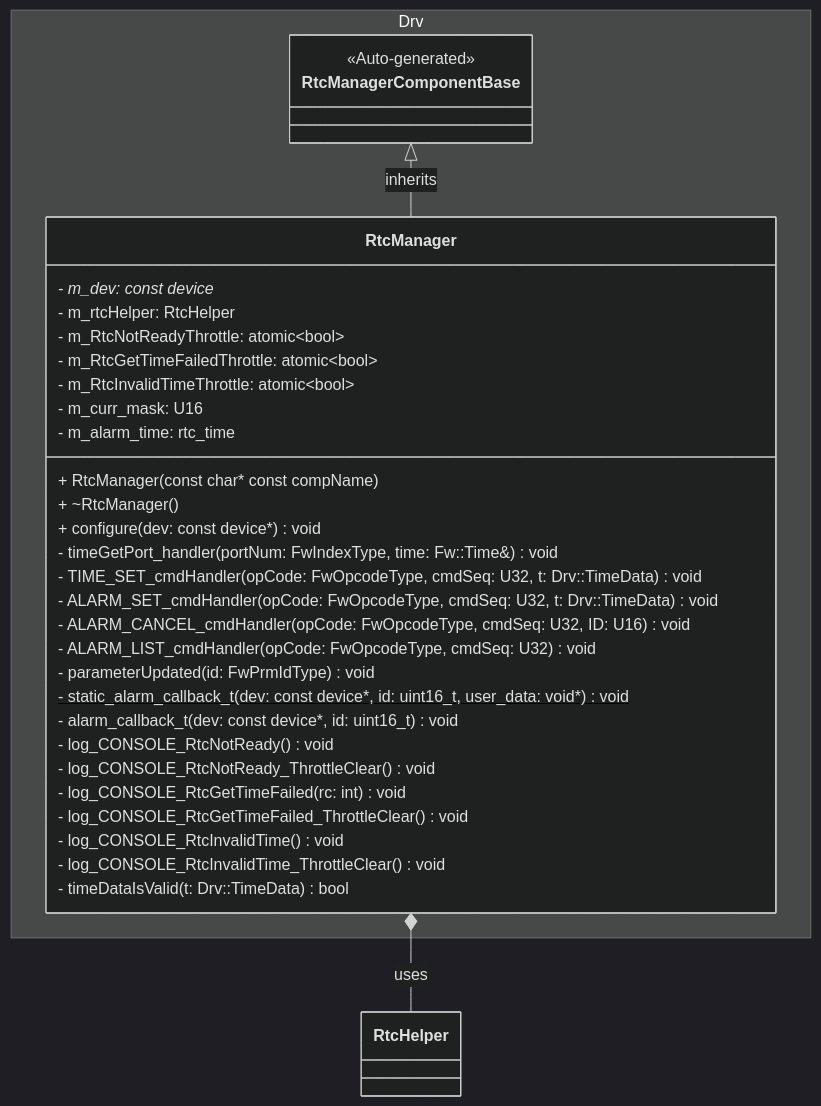
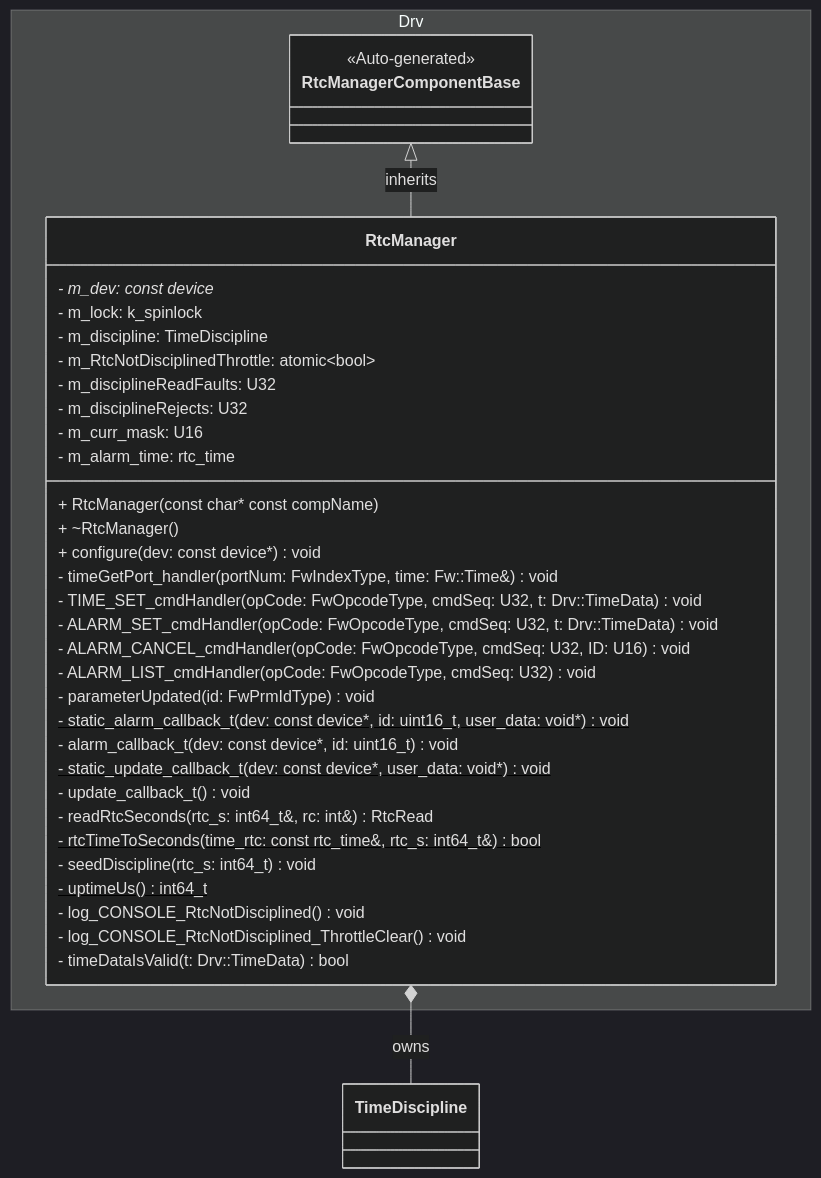
One commit to Open-Source-Space-Foundation/proves-core-reference changed the first of 18 diagrams in PROVESFlightControllerReference/Components/Drv/RtcManager/docs/sdd.md. Above: the diagram before and after it, drawn with Mermaid (dark theme). The commit also changed other lines of this file and 18 other files, not shown here.

Commit message:
feat(rtc): time offset disciplined by the RTC update interrupt (#525)

````diff
--- a/PROVESFlightControllerReference/Components/Drv/RtcManager/docs/sdd.md
+++ b/PROVESFlightControllerReference/Components/Drv/RtcManager/docs/sdd.md
@@ -183,42 +219,45 @@
 ```mermaid
 classDiagram
     namespace Drv {
         class RtcManagerComponentBase {
             <<Auto-generated>>
         }
         class RtcManager {
             - m_dev: const device*
-            - m_rtcHelper: RtcHelper
-            - m_RtcNotReadyThrottle: atomic~bool~
-            - m_RtcGetTimeFailedThrottle: atomic~bool~
-            - m_RtcInvalidTimeThrottle: atomic~bool~
+            - m_lock: k_spinlock
+            - m_discipline: TimeDiscipline
+            - m_RtcNotDisciplinedThrottle: atomic~bool~
+            - m_disciplineReadFaults: U32
+            - m_disciplineRejects: U32
             - m_curr_mask: U16
             - m_alarm_time: rtc_time
 
             + RtcManager(const char* const compName)
             + ~RtcManager()
             + configure(dev: const device*) void
 
             - timeGetPort_handler(portNum: FwIndexType, time: Fw::Time&) void
 
             - TIME_SET_cmdHandler(opCode: FwOpcodeType, cmdSeq: U32, t: Drv::TimeData) void
             - ALARM_SET_cmdHandler(opCode: FwOpcodeType, cmdSeq: U32, t: Drv::TimeData) void
             - ALARM_CANCEL_cmdHandler(opCode: FwOpcodeType, cmdSeq: U32, ID: U16) void
             - ALARM_LIST_cmdHandler(opCode: FwOpcodeType, cmdSeq: U32) void
 
             - parameterUpdated(id: FwPrmIdType) void
 
             - static_alarm_callback_t(dev: const device*, id: uint16_t, user_data: void*) void$
             - alarm_callback_t(dev: const device*, id: uint16_t) void
-            - log_CONSOLE_RtcNotReady() void
-            - log_CONSOLE_RtcNotReady_ThrottleClear() void
-            - log_CONSOLE_RtcGetTimeFailed(rc: int) void
-            - log_CONSOLE_RtcGetTimeFailed_ThrottleClear() void
-            - log_CONSOLE_RtcInvalidTime() void
-            - log_CONSOLE_RtcInvalidTime_ThrottleClear() void
+            - static_update_callback_t(dev: const device*, user_data: void*) void$
+            - update_callback_t() void
+            - readRtcSeconds(rtc_s: int64_t&, rc: int&) RtcRead
+            - rtcTimeToSeconds(time_rtc: const rtc_time&, rtc_s: int64_t&) bool$
+            - seedDiscipline(rtc_s: int64_t) void
+            - uptimeUs() int64_t$
+            - log_CONSOLE_RtcNotDisciplined() void
+            - log_CONSOLE_RtcNotDisciplined_ThrottleClear() void
             - timeDataIsValid(t: Drv::TimeData) bool
         }
     }
     RtcManagerComponentBase <|-- RtcManager : inherits
-    RtcManager *-- RtcHelper : uses
+    RtcManager *-- TimeDiscipline : owns
 ```
````
